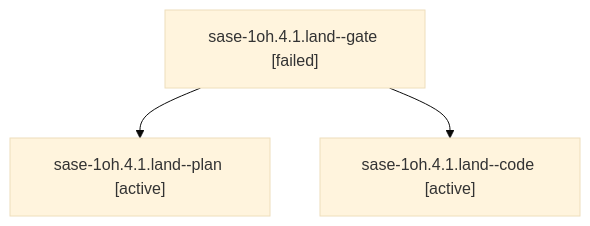
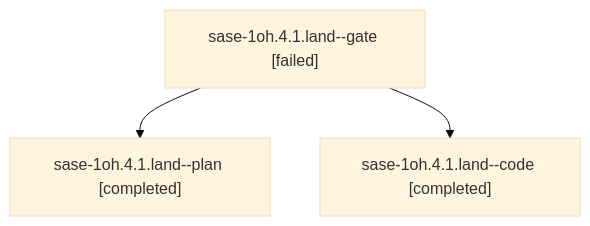
Before and after one commit to sase-org/sase--agents: the diagram in sessions/bbugyi200.athena.sase-1oh.4.1.land.md, drawn with Mermaid (base theme). The commit also changed other lines of this file and 65 other files, not shown here.

````diff
--- a/sessions/bbugyi200.athena.sase-1oh.4.1.land.md
+++ b/sessions/bbugyi200.athena.sase-1oh.4.1.land.md
@@ -9,8 +9,8 @@
 ```mermaid
 flowchart TD
   n0["sase-1oh.4.1.land--gate [failed]"]
-  n1["sase-1oh.4.1.land--plan [active]"]
+  n1["sase-1oh.4.1.land--plan [completed]"]
   n0 --> n1
-  n2["sase-1oh.4.1.land--code [active]"]
+  n2["sase-1oh.4.1.land--code [completed]"]
   n0 --> n2
 ```
````
